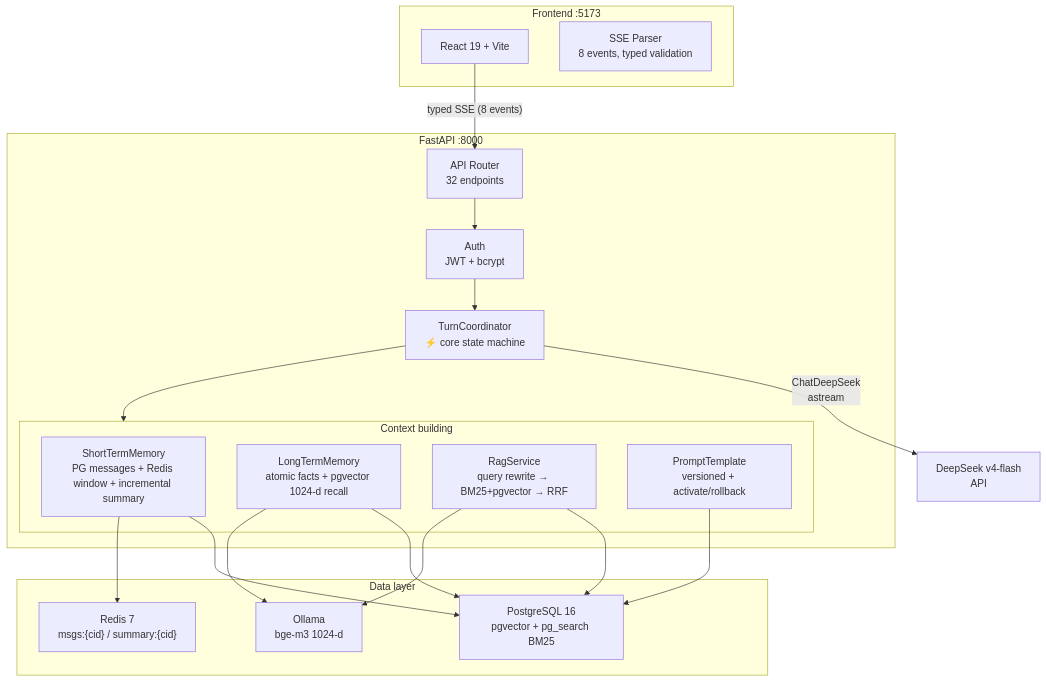
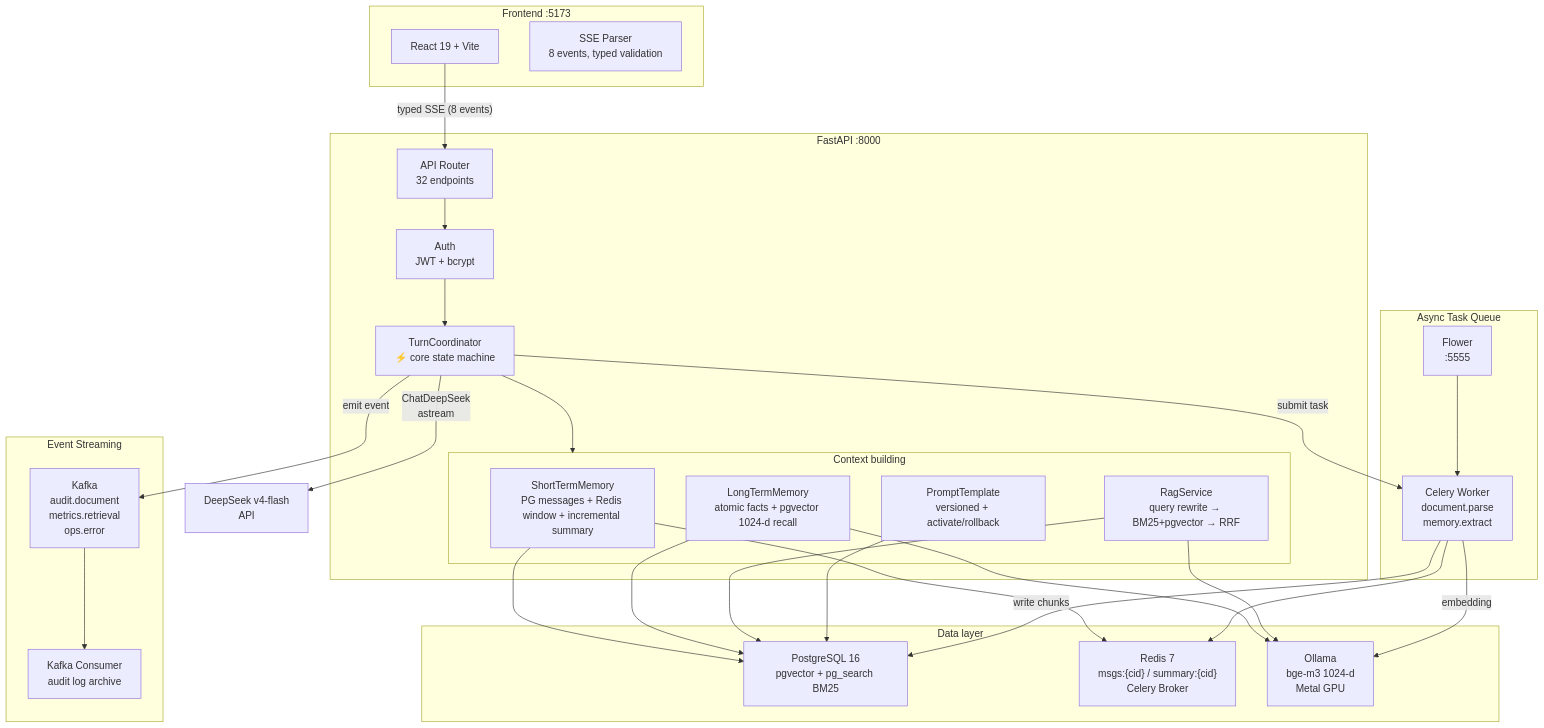
The diagram in README.md (KevinDeng-0411/AI-CodeReviewCenter), drawn with Mermaid before and after one commit. The commit also changed other lines of this file and 1 other file, not shown here.

Commit message:
docs: 更新 README 架构图和技术栈 — Celery/Kafka/Flower/Metal GPU

````diff
--- a/README.md
+++ b/README.md
@@ -118,39 +121,56 @@
 ```mermaid
 graph TB
     subgraph Frontend["Frontend :5173"]
         React["React 19 + Vite"]
         SSE["SSE Parser<br/>8 events, typed validation"]
     end
 
     subgraph Backend["FastAPI :8000"]
         Router["API Router<br/>32 endpoints"]
         Auth["Auth<br/>JWT + bcrypt"]
         TC["TurnCoordinator<br/>⚡ core state machine"]
 
         subgraph Context["Context building"]
             STM["ShortTermMemory<br/>PG messages + Redis window + incremental summary"]
             LTM["LongTermMemory<br/>atomic facts + pgvector 1024-d recall"]
             RAG["RagService<br/>query rewrite → BM25+pgvector → RRF"]
             PT["PromptTemplate<br/>versioned + activate/rollback"]
         end
     end
 
+    subgraph Tasks["Async Task Queue"]
+        Celery["Celery Worker<br/>document.parse<br/>memory.extract"]
+        Flower["Flower<br/>:5555"]
+    end
+
+    subgraph Events["Event Streaming"]
+        Kafka["Kafka<br/>audit.document<br/>metrics.retrieval<br/>ops.error"]
+        Consumer["Kafka Consumer<br/>audit log archive"]
+    end
+
     subgraph Data["Data layer"]
         PG["PostgreSQL 16<br/>pgvector + pg_search BM25"]
-        Redis["Redis 7<br/>msgs:{cid} / summary:{cid}"]
-        Ollama["Ollama<br/>bge-m3 1024-d"]
+        Redis["Redis 7<br/>msgs:{cid} / summary:{cid}<br/>Celery Broker"]
+        Ollama["Ollama<br/>bge-m3 1024-d<br/>Metal GPU"]
     end
 
     React -->|"typed SSE (8 events)"| Router
     Router --> Auth
     Auth --> TC
     TC --> Context
     STM --> PG
     STM --> Redis
     LTM --> PG
     LTM --> Ollama
     RAG --> PG
     RAG --> Ollama
     PT --> PG
     TC -->|"ChatDeepSeek<br/>astream"| DS["DeepSeek v4-flash<br/>API"]
+    TC -->|"submit task"| Celery
+    Celery --> Redis
+    Celery -->|"embedding"| Ollama
+    Celery -->|"write chunks"| PG
+    Flower --> Celery
+    TC -->|"emit event"| Kafka
+    Kafka --> Consumer
 ```
````
